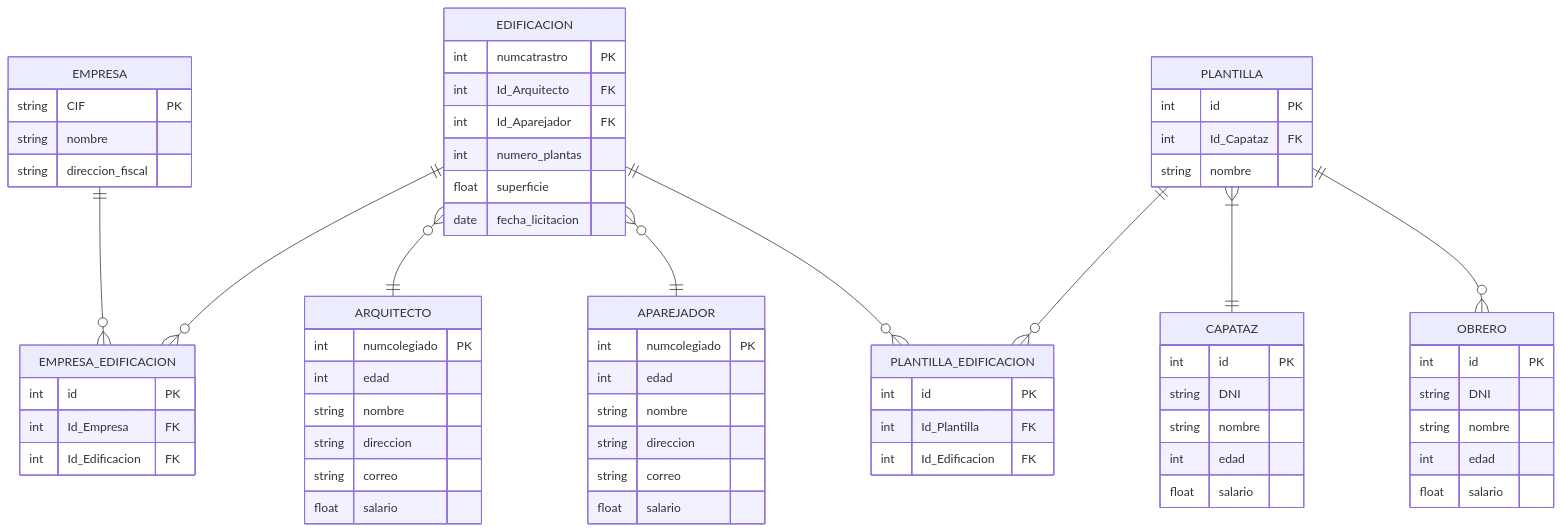
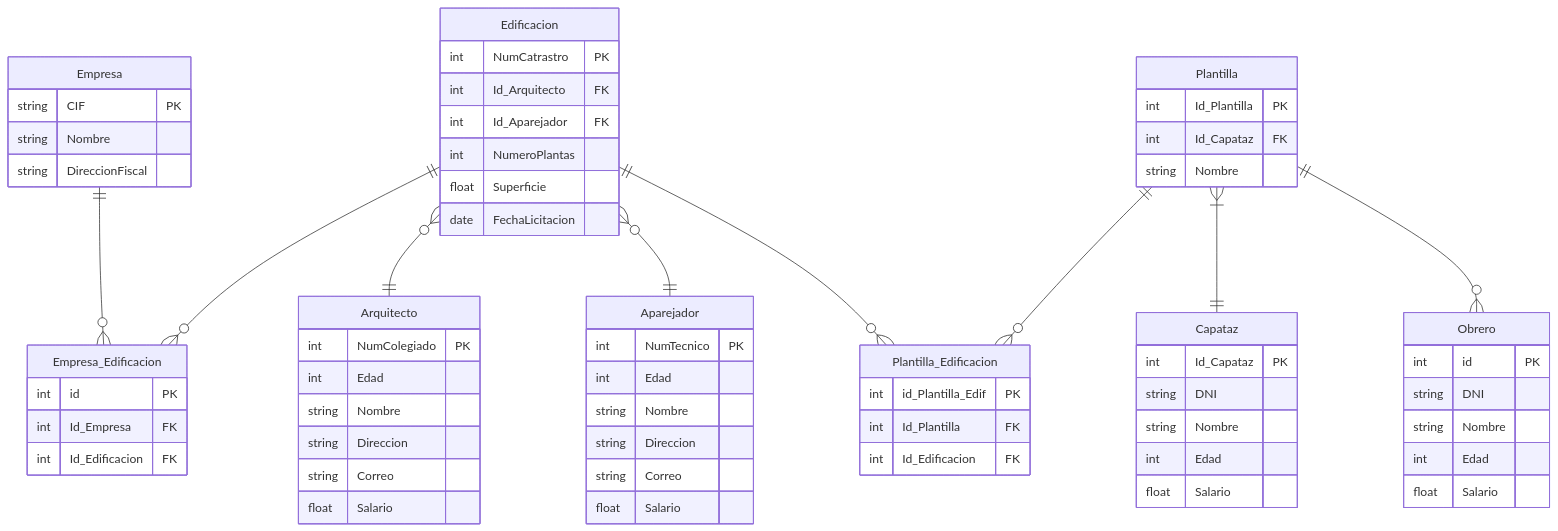
The sixth of 6 diagrams in EPIG-IND-ComputerScienceFundamentals/exercises/2_exercises_BBDD.md (augustocristian/teaching-resources), drawn with Mermaid before and after one commit. The commit also changed other lines of this file, not shown here.

````diff
--- a/EPIG-IND-ComputerScienceFundamentals/exercises/2_exercises_BBDD.md
+++ b/EPIG-IND-ComputerScienceFundamentals/exercises/2_exercises_BBDD.md
@@ -576,83 +578,83 @@
 ```mermaid
 erDiagram
 %% Entidades
-    EMPRESA {
+    Empresa {
         string CIF PK
-        string nombre
-        string direccion_fiscal
+        string Nombre
+        string DireccionFiscal
     }
 
-    EDIFICACION {
-        int numcatrastro PK
+    Edificacion {
+        int NumCatrastro PK
         int Id_Arquitecto FK
         int Id_Aparejador FK
-        int numero_plantas
-        float superficie
-        date fecha_licitacion
+        int NumeroPlantas
+        float Superficie
+        date FechaLicitacion
     }
 
-    APAREJADOR {
-        int numcolegiado PK
-        int edad
-        string nombre
-        string direccion
-        string correo
-        float salario
+    Aparejador {
+        int NumTecnico PK
+        int Edad
+        string Nombre
+        string Direccion
+        string Correo
+        float Salario
     }
 
-    OBRERO {
+    Obrero {
         int id PK
         string DNI
-        string nombre
-        int edad
-        float salario
+        string Nombre
+        int Edad
+        float Salario
     }
 
-    ARQUITECTO {
-        int numcolegiado PK
-        int edad
-        string nombre
-        string direccion
-        string correo
-        float salario
+    Arquitecto {
+        int NumColegiado PK
+        int Edad
+        string Nombre
+        string Direccion
+        string Correo
+        float Salario
     }
 
-    CAPATAZ {
-        int id PK
+    Capataz {
+        int Id_Capataz PK
         string DNI
-        string nombre
-        int edad
-        float salario
+        string Nombre
+        int Edad
+        float Salario
     }
 
-    PLANTILLA {
-        int id PK
+    Plantilla {
+        int Id_Plantilla PK
         int Id_Capataz FK
-        string nombre
+        string Nombre
     }
 
-    PLANTILLA_EDIFICACION {
-        int id PK
+    Plantilla_Edificacion {
+        int id_Plantilla_Edif PK
         int Id_Plantilla FK
         int Id_Edificacion FK
     }
-    EMPRESA_EDIFICACION {
+    Empresa_Edificacion {
         int id PK
         int Id_Empresa FK
         int Id_Edificacion FK
     }
 
 %% Relaciones
-    EMPRESA ||--o{ EMPRESA_EDIFICACION : ""
-    EDIFICACION ||--o{ EMPRESA_EDIFICACION : ""
+    Empresa ||--o{ Empresa_Edificacion: ""
+    Edificacion ||--o{ Empresa_Edificacion: ""
 
-    EDIFICACION }o--|| ARQUITECTO : ""
-    EDIFICACION }o--|| APAREJADOR : ""
+    Edificacion }o--|| Arquitecto: ""
+    Edificacion }o--|| Aparejador : ""
 
-    EDIFICACION ||--o{ PLANTILLA_EDIFICACION : ""
-    PLANTILLA ||--o{ PLANTILLA_EDIFICACION : ""
+    Edificacion ||--o{ Plantilla_Edificacion : ""
+    Plantilla ||--o{ Plantilla_Edificacion : ""
 
-    PLANTILLA }|--|| CAPATAZ : ""
-    PLANTILLA ||--o{ OBRERO : ""
+    Plantilla }|--|| Capataz : ""
+    Plantilla ||--o{ Obrero : ""
 
 ```
````
